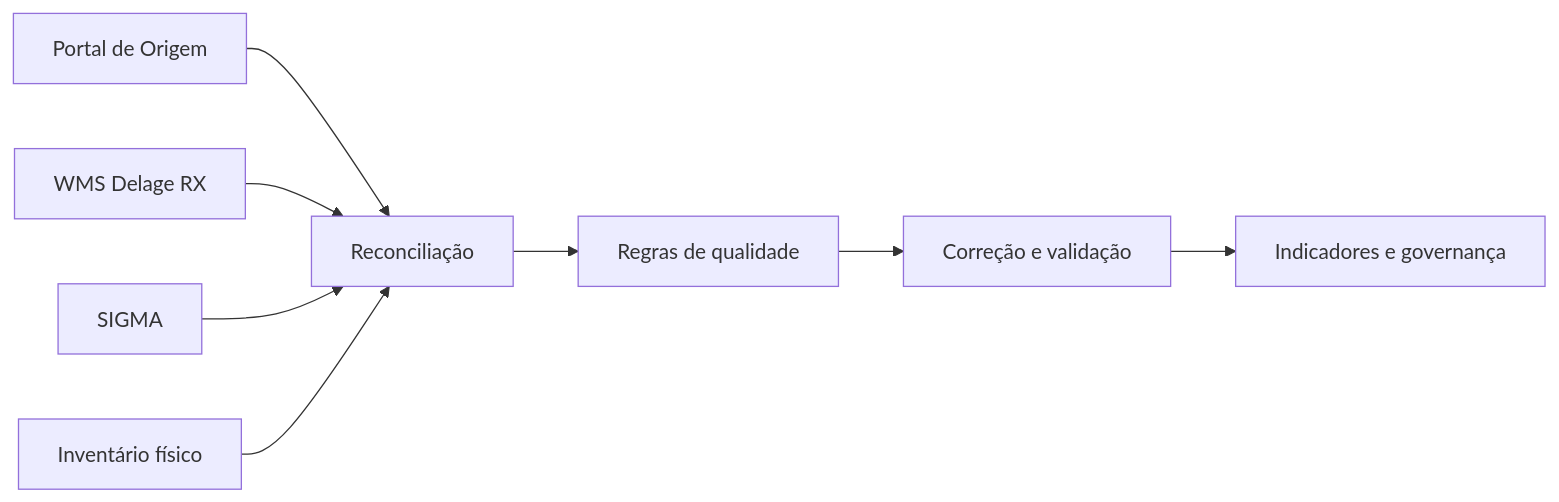
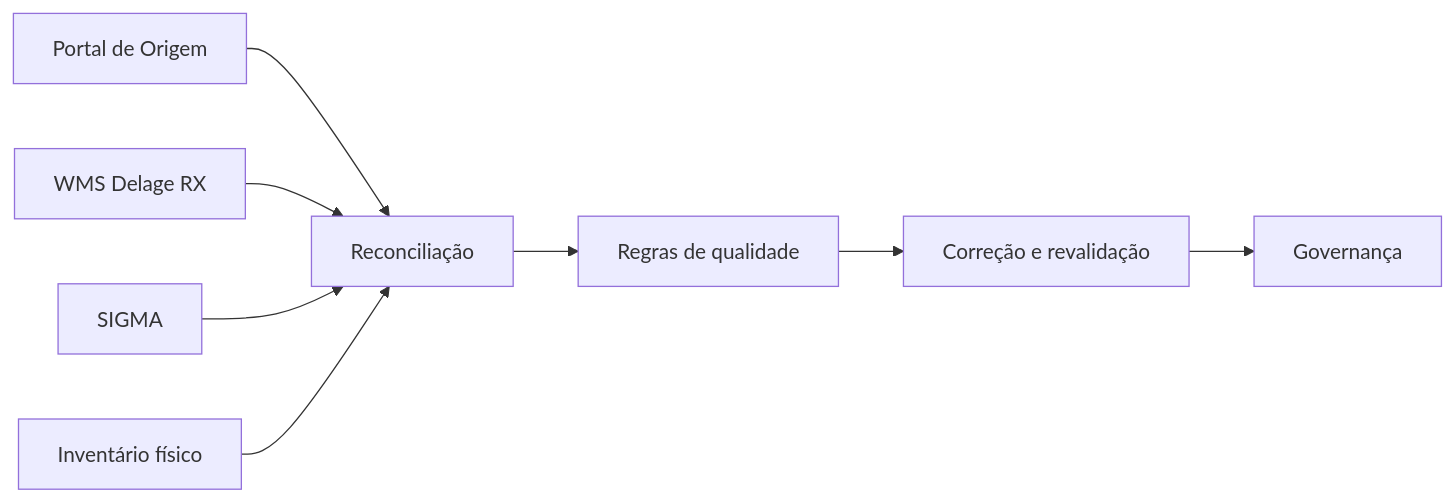
One commit to laismoreira07/case-data-quality-logistica changed the first of 2 diagrams in README.md. Above: the diagram before and after it, drawn with Mermaid. The commit also changed other lines of this file and 5 other files, not shown here.

````diff
--- a/README.md
+++ b/README.md
@@ -50,10 +48,10 @@
 ```mermaid
 flowchart LR
     A[Portal de Origem] --> E[Reconciliação]
     B[WMS Delage RX] --> E
     C[SIGMA] --> E
     D[Inventário físico] --> E
     E --> F[Regras de qualidade]
-    F --> G[Correção e validação]
-    G --> H[Indicadores e governança]
+    F --> G[Correção e revalidação]
+    G --> H[Governança]
 ```
````
